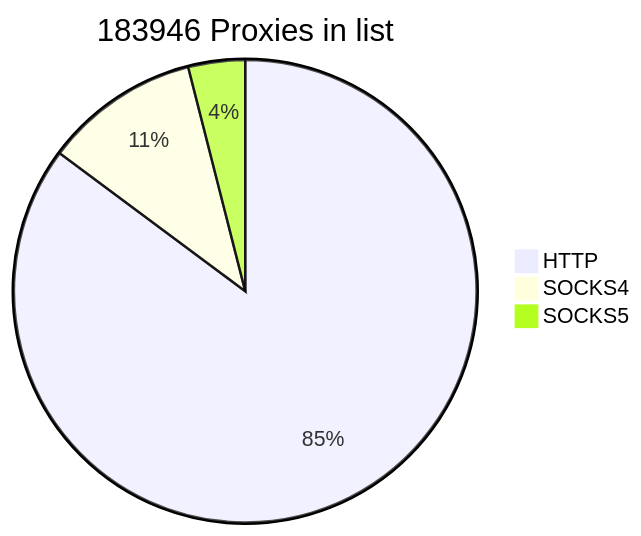
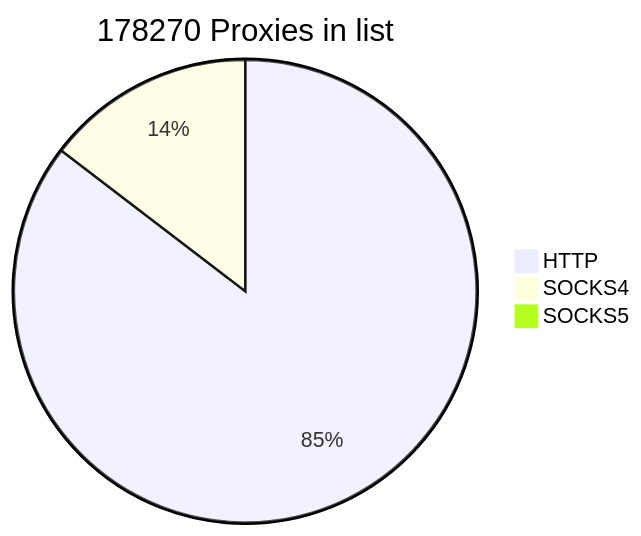
One commit to cutipu/proxylist changed the first of 2 diagrams in README.md. Above: the diagram before and after it, drawn with Mermaid. The commit also changed other lines of this file, not shown here.

````diff
--- a/README.md
+++ b/README.md
@@ -2,7 +2,7 @@
 ```mermaid
-pie title 183946 Proxies in list
-    "HTTP" : 156690
-    "SOCKS4" : 19958
-    "SOCKS5" : 7298
+pie title 178270 Proxies in list
+    "HTTP" : 150955
+    "SOCKS4" : 25828
+    "SOCKS5" : 1487
             
 ```
````
